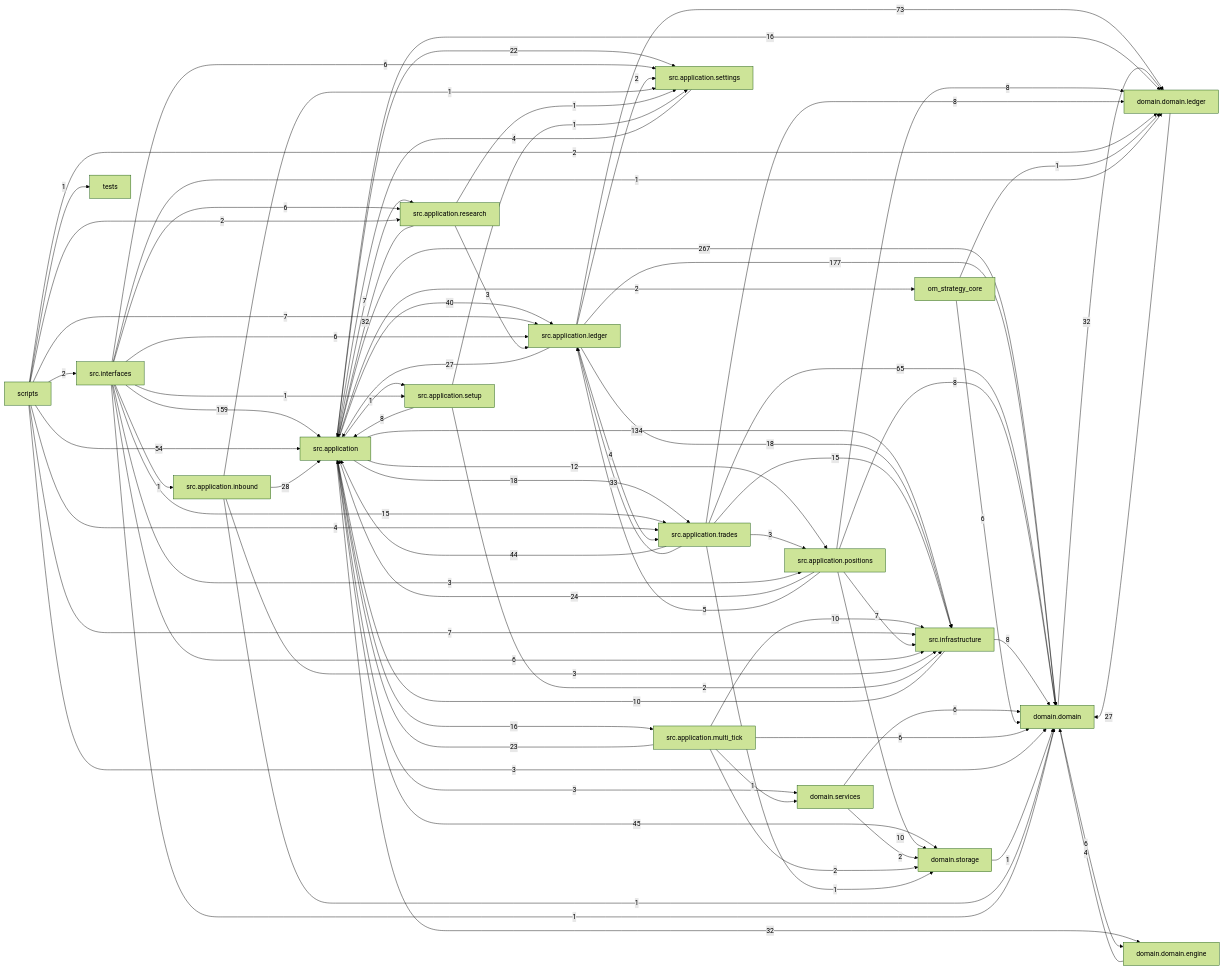
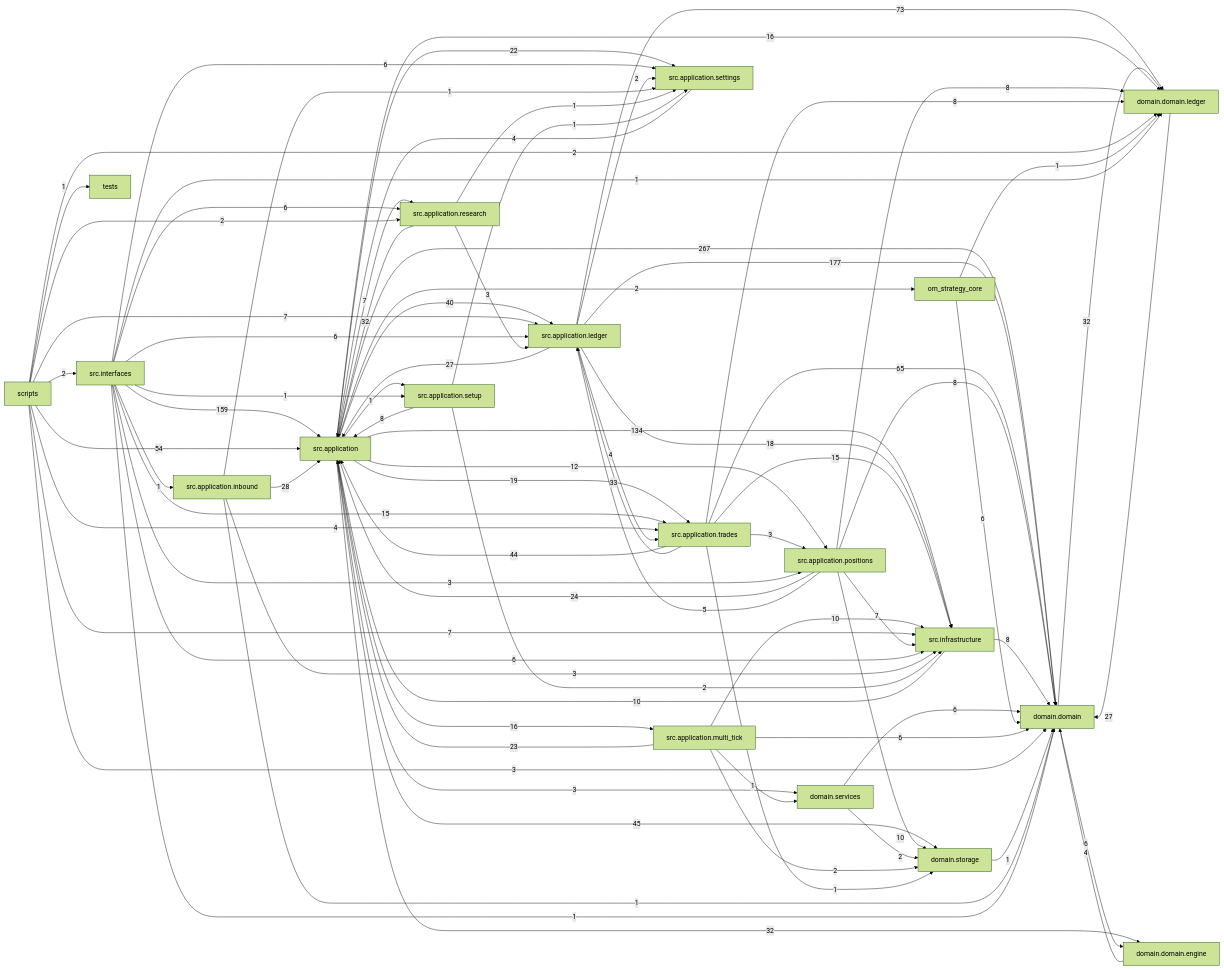
One commit to liuxie066/options-monitor changed the diagram in docs/dependency_graph.mmd. Above: the diagram before and after it, drawn with Mermaid (forest theme). The commit also changed 8 other files, not shown here.

```diff
--- a/docs/dependency_graph.mmd
+++ b/docs/dependency_graph.mmd
@@ -1,81 +1,81 @@
 flowchart LR
   src_application["src.application"] -->|267| domain_domain["domain.domain"]
   src_application_ledger["src.application.ledger"] -->|177| domain_domain["domain.domain"]
   src_interfaces["src.interfaces"] -->|159| src_application["src.application"]
   src_application["src.application"] -->|134| src_infrastructure["src.infrastructure"]
   src_application_ledger["src.application.ledger"] -->|73| domain_domain_ledger["domain.domain.ledger"]
   src_application_trades["src.application.trades"] -->|65| domain_domain["domain.domain"]
   scripts["scripts"] -->|54| src_application["src.application"]
   src_application["src.application"] -->|45| domain_storage["domain.storage"]
   src_application_trades["src.application.trades"] -->|44| src_application["src.application"]
   src_application["src.application"] -->|40| src_application_ledger["src.application.ledger"]
   src_application_trades["src.application.trades"] -->|33| src_application_ledger["src.application.ledger"]
   domain_domain["domain.domain"] -->|32| domain_domain_ledger["domain.domain.ledger"]
   src_application["src.application"] -->|32| domain_domain_engine["domain.domain.engine"]
   src_application_research["src.application.research"] -->|32| src_application["src.application"]
   src_application_inbound["src.application.inbound"] -->|28| src_application["src.application"]
   domain_domain_ledger["domain.domain.ledger"] -->|27| domain_domain["domain.domain"]
   src_application_ledger["src.application.ledger"] -->|27| src_application["src.application"]
   src_application_positions["src.application.positions"] -->|24| src_application["src.application"]
   src_application_multi_tick["src.application.multi_tick"] -->|23| src_application["src.application"]
   src_application["src.application"] -->|22| src_application_settings["src.application.settings"]
-  src_application["src.application"] -->|18| src_application_trades["src.application.trades"]
+  src_application["src.application"] -->|19| src_application_trades["src.application.trades"]
   src_application_ledger["src.application.ledger"] -->|18| src_infrastructure["src.infrastructure"]
   src_application["src.application"] -->|16| domain_domain_ledger["domain.domain.ledger"]
   src_application["src.application"] -->|16| src_application_multi_tick["src.application.multi_tick"]
   src_application_trades["src.application.trades"] -->|15| src_infrastructure["src.infrastructure"]
   src_interfaces["src.interfaces"] -->|15| src_application_trades["src.application.trades"]
   src_application["src.application"] -->|12| src_application_positions["src.application.positions"]
   src_application_multi_tick["src.application.multi_tick"] -->|10| src_infrastructure["src.infrastructure"]
   src_application_positions["src.application.positions"] -->|10| domain_storage["domain.storage"]
   src_infrastructure["src.infrastructure"] -->|10| src_application["src.application"]
   src_application_positions["src.application.positions"] -->|8| domain_domain["domain.domain"]
   src_application_positions["src.application.positions"] -->|8| domain_domain_ledger["domain.domain.ledger"]
   src_application_setup["src.application.setup"] -->|8| src_application["src.application"]
   src_application_trades["src.application.trades"] -->|8| domain_domain_ledger["domain.domain.ledger"]
   src_infrastructure["src.infrastructure"] -->|8| domain_domain["domain.domain"]
   scripts["scripts"] -->|7| src_application_ledger["src.application.ledger"]
   scripts["scripts"] -->|7| src_infrastructure["src.infrastructure"]
   src_application["src.application"] -->|7| src_application_research["src.application.research"]
   src_application_positions["src.application.positions"] -->|7| src_infrastructure["src.infrastructure"]
   domain_domain["domain.domain"] -->|6| domain_domain_engine["domain.domain.engine"]
   domain_services["domain.services"] -->|6| domain_domain["domain.domain"]
   om_strategy_core["om_strategy_core"] -->|6| domain_domain["domain.domain"]
   src_application_multi_tick["src.application.multi_tick"] -->|6| domain_domain["domain.domain"]
   src_interfaces["src.interfaces"] -->|6| src_application_ledger["src.application.ledger"]
   src_interfaces["src.interfaces"] -->|6| src_application_research["src.application.research"]
   src_interfaces["src.interfaces"] -->|6| src_application_settings["src.application.settings"]
   src_interfaces["src.interfaces"] -->|6| src_infrastructure["src.infrastructure"]
   src_application_positions["src.application.positions"] -->|5| src_application_ledger["src.application.ledger"]
   domain_domain_engine["domain.domain.engine"] -->|4| domain_domain["domain.domain"]
   scripts["scripts"] -->|4| src_application_trades["src.application.trades"]
   src_application_ledger["src.application.ledger"] -->|4| src_application_trades["src.application.trades"]
   src_application_settings["src.application.settings"] -->|4| src_application["src.application"]
   scripts["scripts"] -->|3| domain_domain["domain.domain"]
   src_application["src.application"] -->|3| domain_services["domain.services"]
   src_application_inbound["src.application.inbound"] -->|3| src_infrastructure["src.infrastructure"]
   src_application_research["src.application.research"] -->|3| src_application_ledger["src.application.ledger"]
   src_application_trades["src.application.trades"] -->|3| src_application_positions["src.application.positions"]
   src_interfaces["src.interfaces"] -->|3| src_application_positions["src.application.positions"]
   domain_services["domain.services"] -->|2| domain_storage["domain.storage"]
   scripts["scripts"] -->|2| domain_domain_ledger["domain.domain.ledger"]
   scripts["scripts"] -->|2| src_application_research["src.application.research"]
   scripts["scripts"] -->|2| src_interfaces["src.interfaces"]
   src_application["src.application"] -->|2| om_strategy_core["om_strategy_core"]
   src_application_ledger["src.application.ledger"] -->|2| src_application_settings["src.application.settings"]
   src_application_multi_tick["src.application.multi_tick"] -->|2| domain_storage["domain.storage"]
   src_application_setup["src.application.setup"] -->|2| src_infrastructure["src.infrastructure"]
   domain_storage["domain.storage"] -->|1| domain_domain["domain.domain"]
   om_strategy_core["om_strategy_core"] -->|1| domain_domain_ledger["domain.domain.ledger"]
   scripts["scripts"] -->|1| tests["tests"]
   src_application["src.application"] -->|1| src_application_setup["src.application.setup"]
   src_application_inbound["src.application.inbound"] -->|1| domain_domain["domain.domain"]
   src_application_inbound["src.application.inbound"] -->|1| src_application_settings["src.application.settings"]
   src_application_multi_tick["src.application.multi_tick"] -->|1| domain_services["domain.services"]
   src_application_research["src.application.research"] -->|1| src_application_settings["src.application.settings"]
   src_application_setup["src.application.setup"] -->|1| src_application_settings["src.application.settings"]
   src_application_trades["src.application.trades"] -->|1| domain_storage["domain.storage"]
   src_interfaces["src.interfaces"] -->|1| domain_domain["domain.domain"]
   src_interfaces["src.interfaces"] -->|1| domain_domain_ledger["domain.domain.ledger"]
   src_interfaces["src.interfaces"] -->|1| src_application_inbound["src.application.inbound"]
   src_interfaces["src.interfaces"] -->|1| src_application_setup["src.application.setup"]
```
